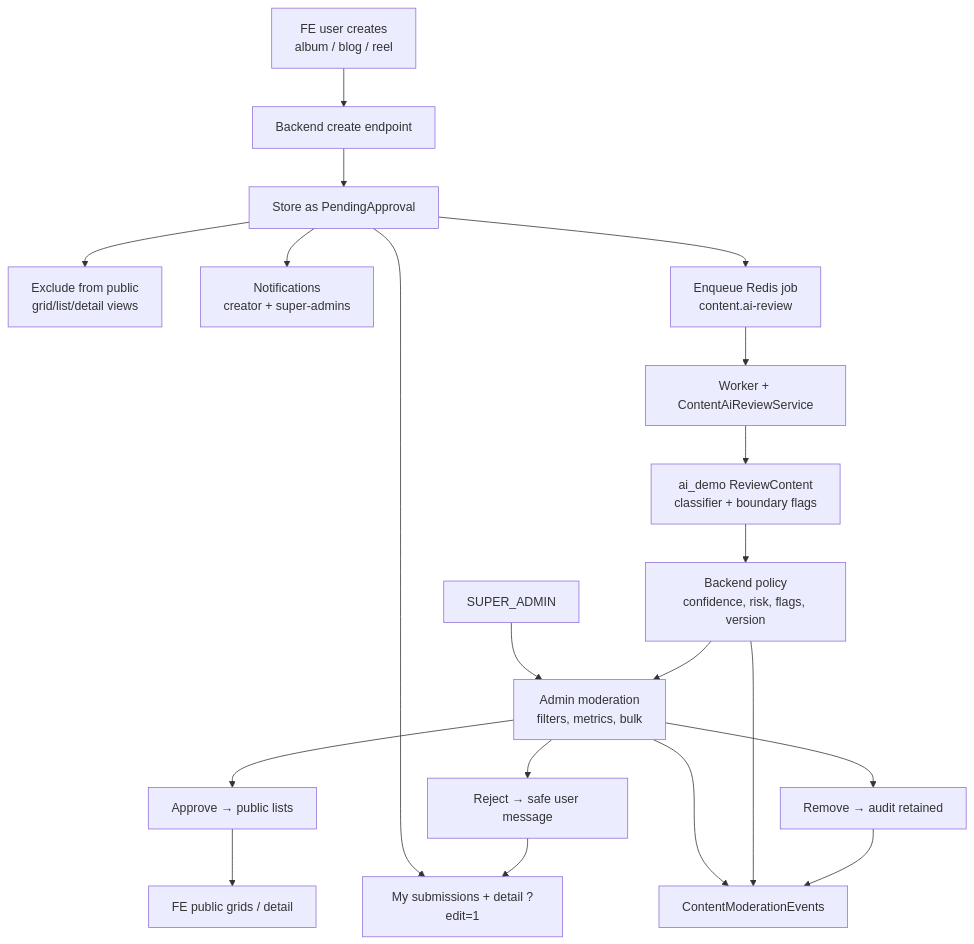
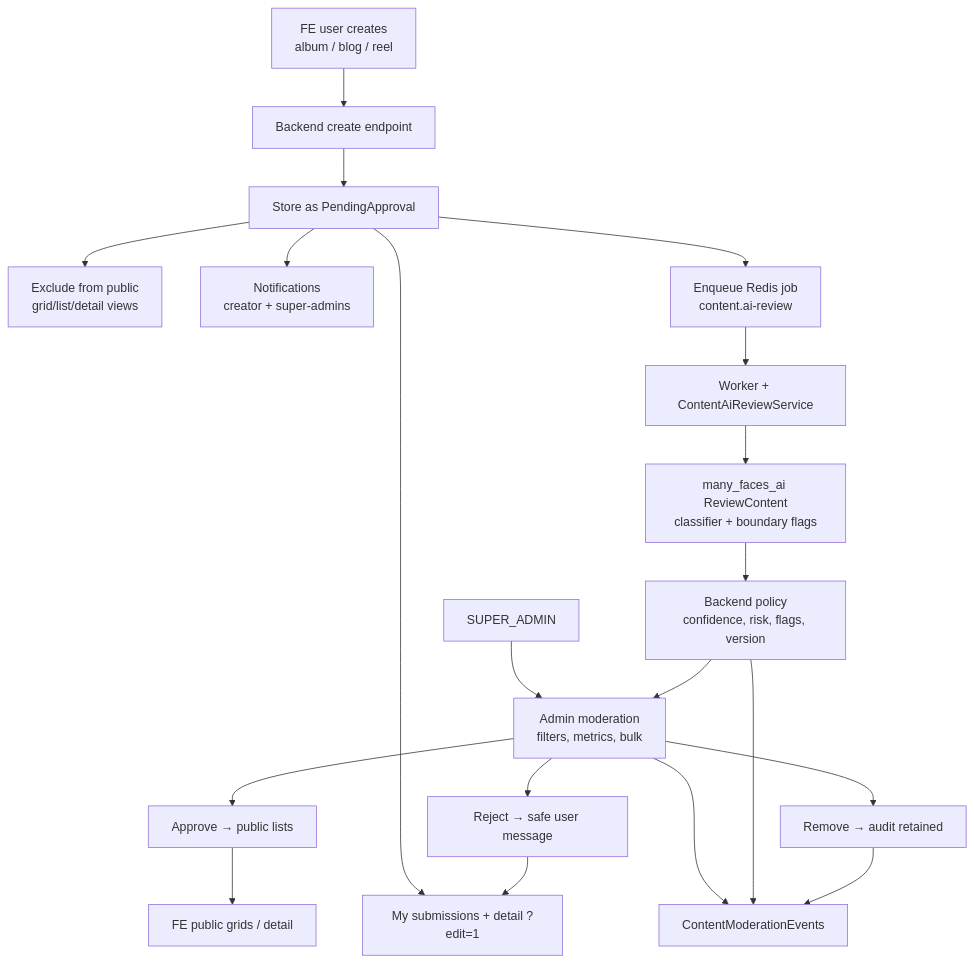
Before and after one commit to 01laky/mfai_demo: the ninth of 9 diagrams in README.md, drawn with Mermaid. The commit also changed other lines of this file and 16 other files, not shown here.

Commit message:
chore: many_faces naming, dev network, and docs sweep

````diff
--- a/README.md
+++ b/README.md
@@ -220,26 +220,26 @@
 ```mermaid
 flowchart TD
     user["FE user creates<br/>album / blog / reel"] --> api["Backend create endpoint"]
     api --> pending["Store as PendingApproval"]
     pending --> hidden["Exclude from public<br/>grid/list/detail views"]
     pending --> notify1["Notifications<br/>creator + super-admins"]
     pending --> queue["Enqueue Redis job<br/>content.ai-review"]
 
     queue --> worker["Worker + ContentAiReviewService"]
-    worker --> ai["ai_demo ReviewContent<br/>classifier + boundary flags"]
+    worker --> ai["many_faces_ai ReviewContent<br/>classifier + boundary flags"]
     ai --> policy["Backend policy<br/>confidence, risk, flags, version"]
 
     policy --> admin["Admin moderation<br/>filters, metrics, bulk"]
     admin --> approve["Approve → public lists"]
     admin --> reject["Reject → safe user message"]
     admin --> remove["Remove → audit retained"]
 
     super["SUPER_ADMIN"] --> admin
 
     approve --> public["FE public grids / detail"]
     reject --> mysub["My submissions + detail ?edit=1"]
     pending --> mysub
     remove --> audit["ContentModerationEvents"]
     policy --> audit
     admin --> audit
 ```
````
